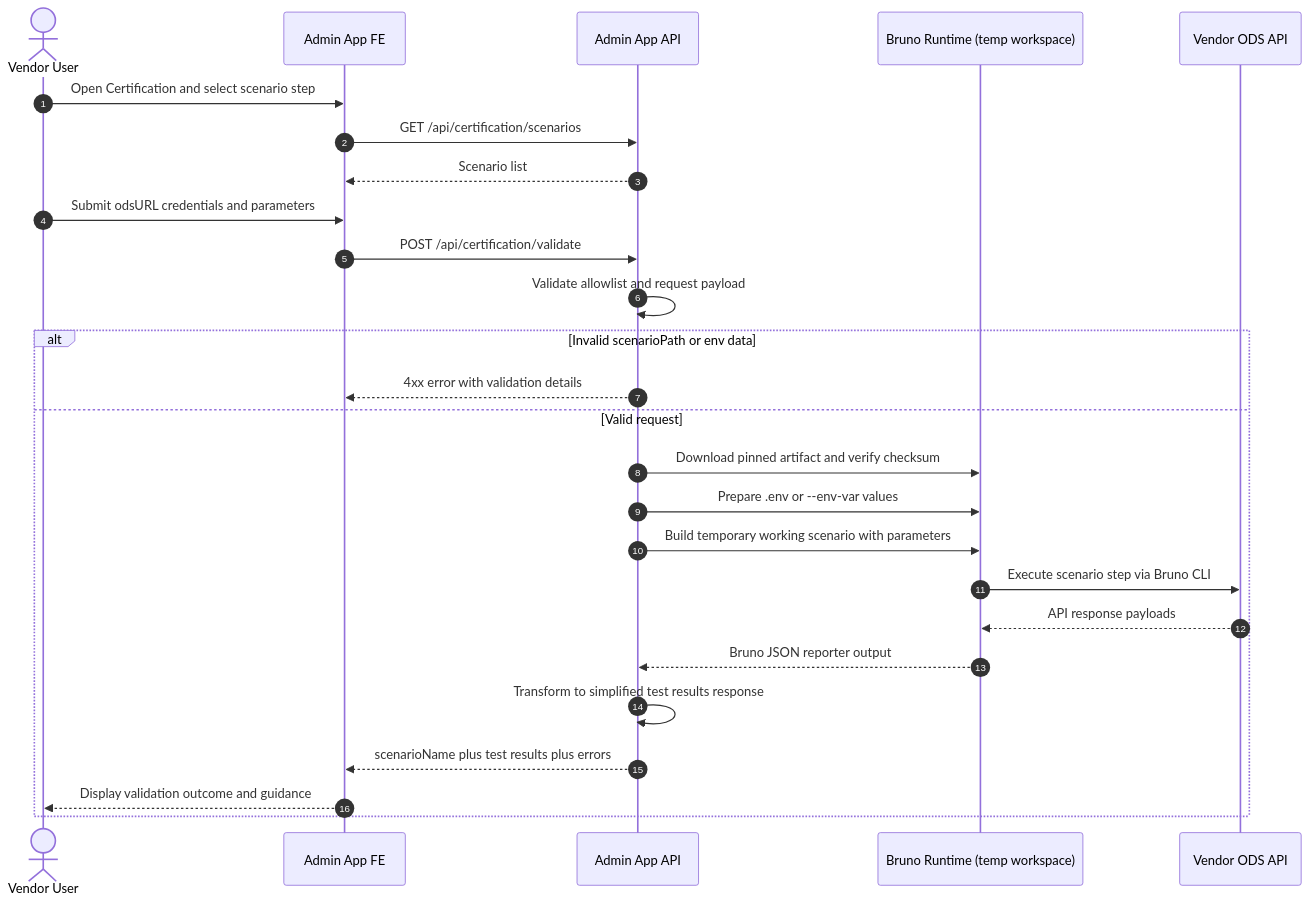
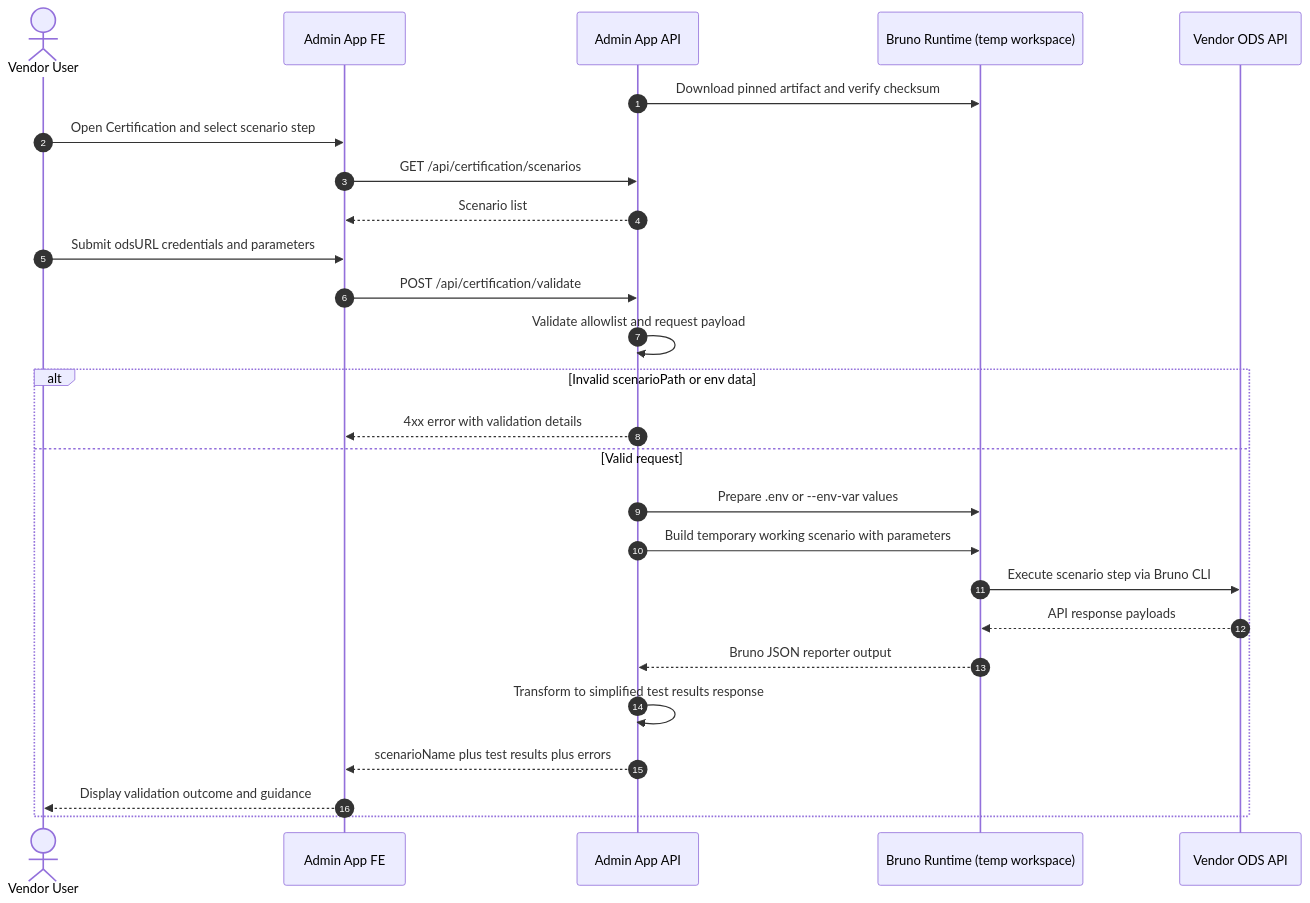
Before and after one commit to Ed-Fi-Alliance-OSS/Ed-Fi-AdminApp: the third of 3 diagrams in docs/design/CERT-220/CERT-220.md, drawn with Mermaid. The commit also changed other lines of this file and 2 other files, not shown here.

````diff
--- a/docs/design/CERT-220/CERT-220.md
+++ b/docs/design/CERT-220/CERT-220.md
@@ -165,31 +142,32 @@
 ```mermaid
 sequenceDiagram
   autonumber
   actor User as Vendor User
   participant FE as Admin App FE
   participant API as Admin App API
   participant Runtime as Bruno Runtime (temp workspace)
   participant ODS as Vendor ODS API
-
+  
+  API->>Runtime: Download pinned artifact and verify checksum
+  
   User->>FE: Open Certification and select scenario step
   FE->>API: GET /api/certification/scenarios
   API-->>FE: Scenario list
 
   User->>FE: Submit odsURL credentials and parameters
   FE->>API: POST /api/certification/validate
   API->>API: Validate allowlist and request payload
 
   alt Invalid scenarioPath or env data
     API-->>FE: 4xx error with validation details
   else Valid request
-    API->>Runtime: Download pinned artifact and verify checksum
     API->>Runtime: Prepare .env or --env-var values
     API->>Runtime: Build temporary working scenario with parameters
     Runtime->>ODS: Execute scenario step via Bruno CLI
     ODS-->>Runtime: API response payloads
     Runtime-->>API: Bruno JSON reporter output
     API->>API: Transform to simplified test results response
     API-->>FE: scenarioName plus test results plus errors
     FE-->>User: Display validation outcome and guidance
   end
 ```
````
